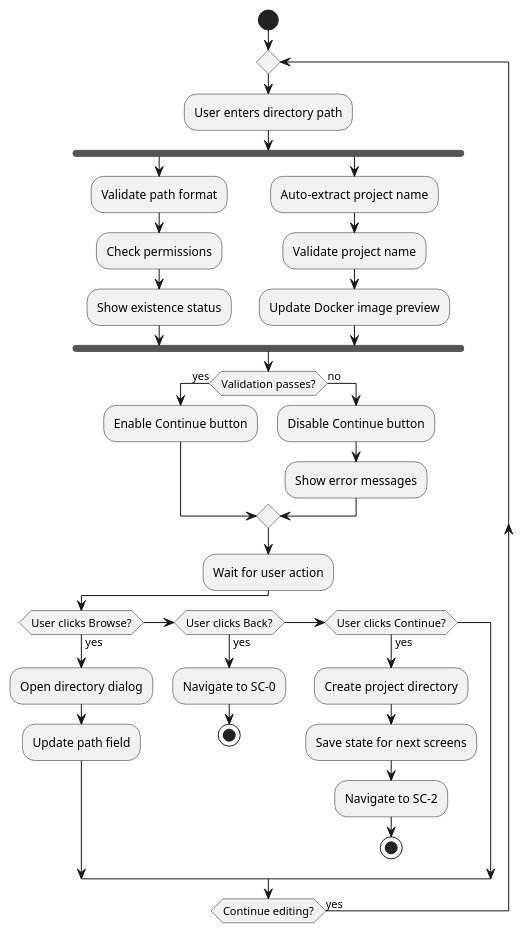
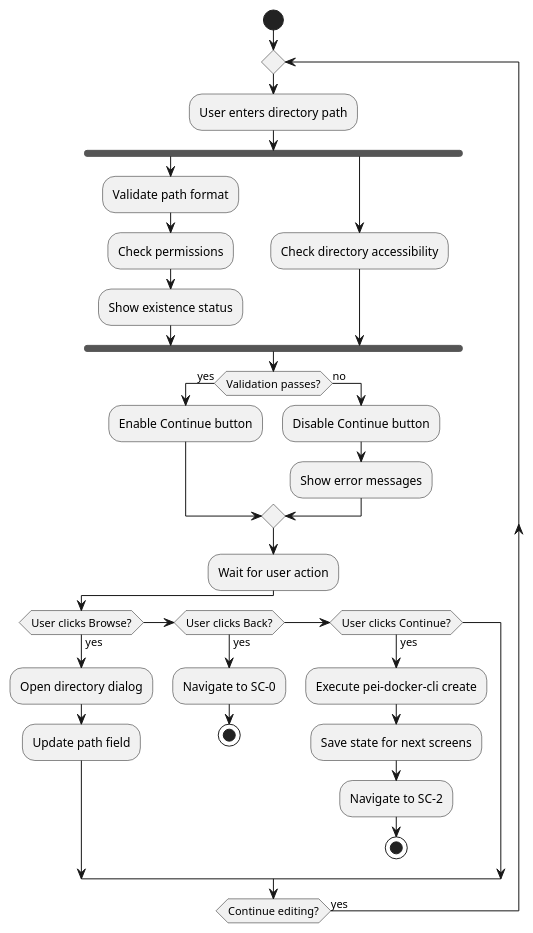
The diagram in context/plans/gui/screens/sc-1/figures/sc1/user-interaction-flow.puml (igamenovoer/PeiDocker), drawn with PlantUML before and after one commit. The commit also changed 17 other files, not shown here.

```diff
--- a/context/plans/gui/screens/sc-1/figures/sc1/user-interaction-flow.puml
+++ b/context/plans/gui/screens/sc-1/figures/sc1/user-interaction-flow.puml
@@ -1,35 +1,33 @@
 @startuml
 start
 repeat
   :User enters directory path;
   fork
     :Validate path format;
     :Check permissions;
     :Show existence status;
   fork again
-    :Auto-extract project name;
-    :Validate project name;
-    :Update Docker image preview;
+    :Check directory accessibility;
   end fork
   if (Validation passes?) then (yes)
     :Enable Continue button;
   else (no)
     :Disable Continue button;
     :Show error messages;
   endif
   
   :Wait for user action;
   if (User clicks Browse?) then (yes)
     :Open directory dialog;
     :Update path field;
   else if (User clicks Back?) then (yes)
     :Navigate to SC-0;
     stop
   else if (User clicks Continue?) then (yes)
-    :Create project directory;
+    :Execute pei-docker-cli create;
     :Save state for next screens;
     :Navigate to SC-2;
     stop
   endif
 repeat while (Continue editing?) is (yes)
 @enduml
```
